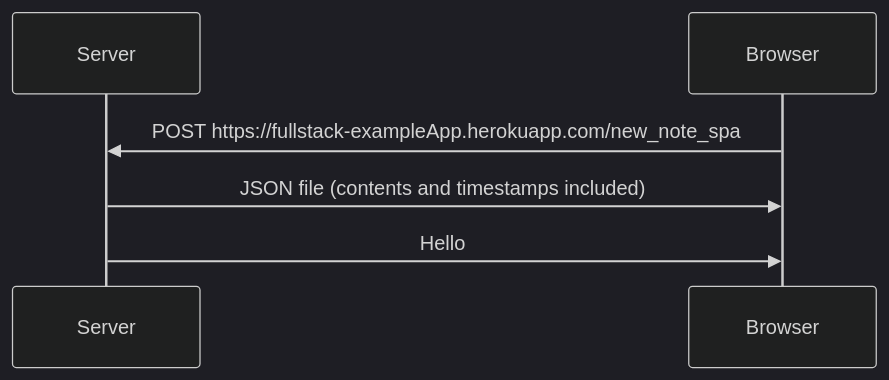
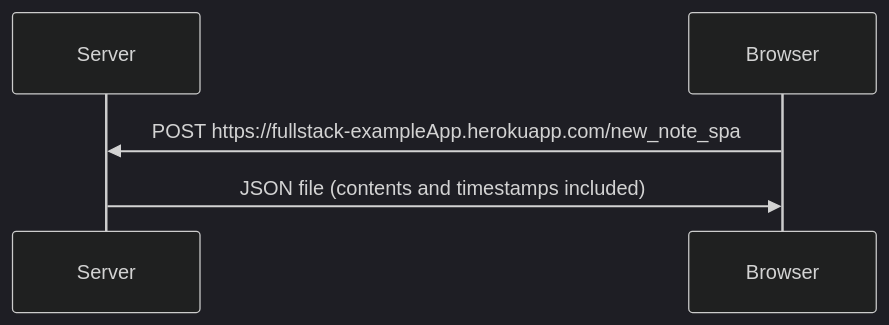
Before and after one commit to modaralgayal/FullStack-Development: the diagram in Week 0/exc-0.5.md, drawn with Mermaid (dark theme).

````diff
--- a/Week 0/exc-0.5.md
+++ b/Week 0/exc-0.5.md
@@ -1,12 +1,11 @@
 ```mermaid
 
 sequenceDiagram
     participant Server
     participant Browser
 
     Browser->>Server: POST https://fullstack-exampleApp.herokuapp.com/new_note_spa
     Server->>Browser: JSON file (contents and timestamps included)
 
-    Server->>Browser: Hello
 
 ```
````
